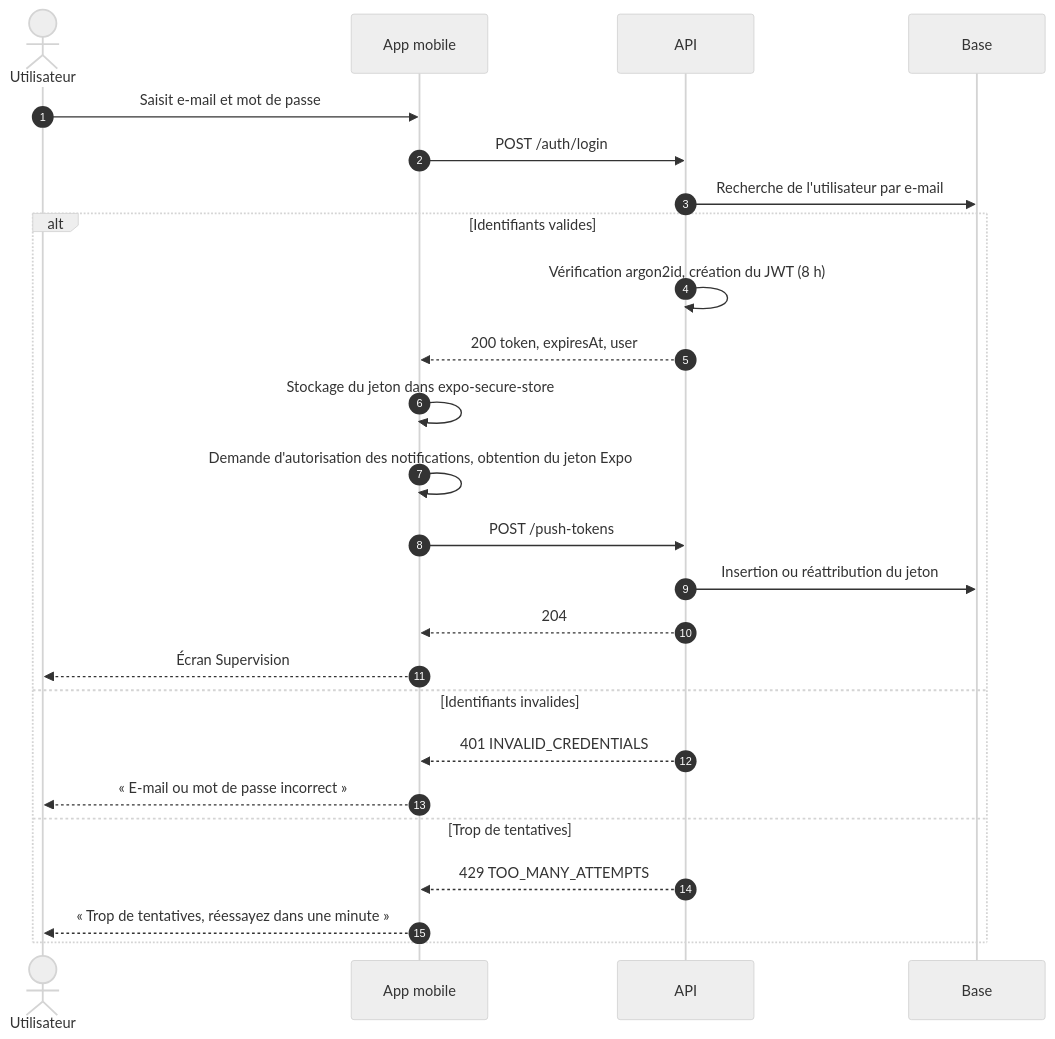
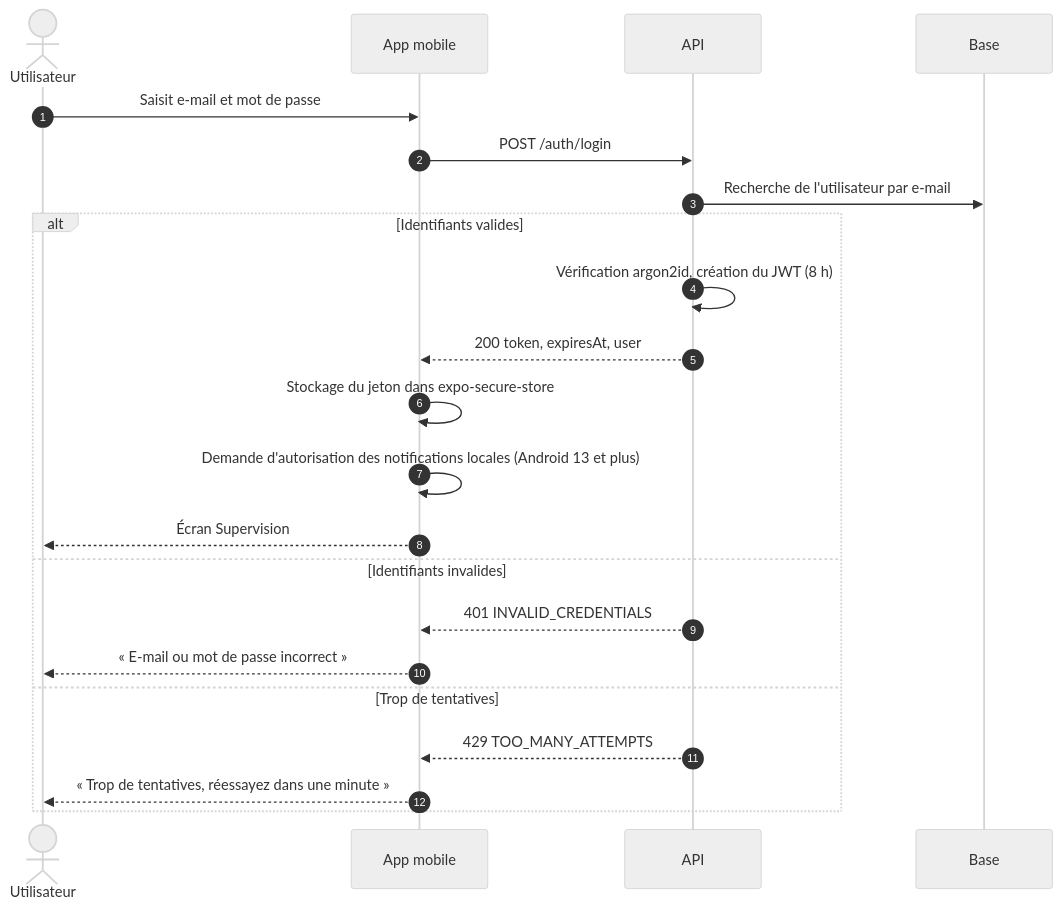
One commit to SamuelLnds/proj-app-mobile-co changed the third of 13 diagrams in docs/conception/02-uml.md. Above: the diagram before and after it, drawn with Mermaid (neutral theme). The commit also changed other lines of this file and 5 other files, not shown here.

First line of the commit message:
docs(design): remplace le push Expo par les notifications locales et ntfy

````diff
--- a/docs/conception/02-uml.md
+++ b/docs/conception/02-uml.md
@@ -216,28 +210,25 @@
 ```mermaid
 sequenceDiagram
   autonumber
   actor U as Utilisateur
   participant App as App mobile
   participant API as API
   participant DB as Base
 
   U->>App: Saisit e-mail et mot de passe
   App->>API: POST /auth/login
   API->>DB: Recherche de l'utilisateur par e-mail
   alt Identifiants valides
     API->>API: Vérification argon2id, création du JWT (8 h)
     API-->>App: 200 token, expiresAt, user
     App->>App: Stockage du jeton dans expo-secure-store
-    App->>App: Demande d'autorisation des notifications, obtention du jeton Expo
-    App->>API: POST /push-tokens
-    API->>DB: Insertion ou réattribution du jeton
-    API-->>App: 204
+    App->>App: Demande d'autorisation des notifications locales (Android 13 et plus)
     App-->>U: Écran Supervision
   else Identifiants invalides
     API-->>App: 401 INVALID_CREDENTIALS
     App-->>U: « E-mail ou mot de passe incorrect »
   else Trop de tentatives
     API-->>App: 429 TOO_MANY_ATTEMPTS
     App-->>U: « Trop de tentatives, réessayez dans une minute »
   end
 ```
````
